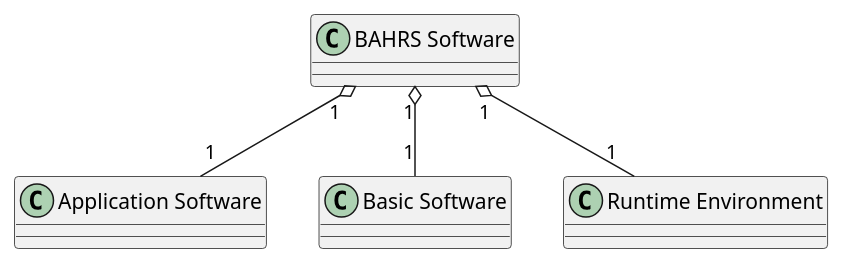
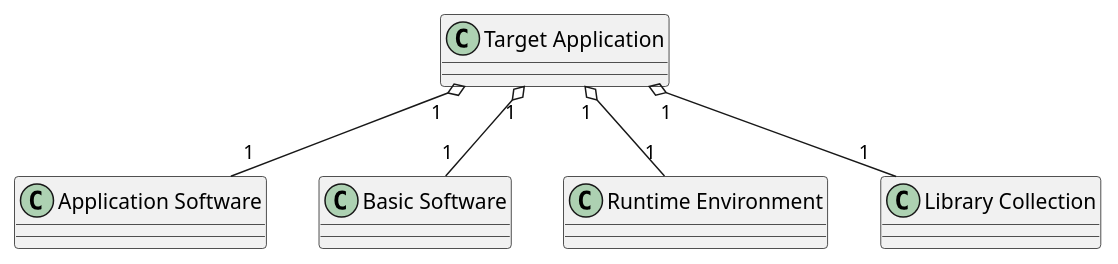
One commit to euler-nav/bahrs-oss changed the second of 16 diagrams in docs/inline_umlgraph_pnghtml.pu. Above: the diagram before and after it, drawn with PlantUML. The commit also changed other lines of this file and 1088 other files, not shown here.

```diff
--- a/docs/inline_umlgraph_pnghtml.pu
+++ b/docs/inline_umlgraph_pnghtml.pu
@@ -1,10 +9,12 @@
 @startuml bahrs_sw_class_diagram.png
-class "BAHRS Software" as bahrssw
+class "Target Application" as TargetApp
 class "Application Software" as asw
 class "Basic Software" as bsw
 class "Runtime Environment" as rte
+class "Library Collection" as LibraryCollection
 
-bahrssw "1" o-- "1" asw
-bahrssw "1" o-- "1" bsw
-bahrssw "1" o-- "1" rte
+TargetApp "1" o-- "1" asw
+TargetApp "1" o-- "1" bsw
+TargetApp "1" o-- "1" rte
+TargetApp "1" o-- "1" LibraryCollection
 @enduml
```
